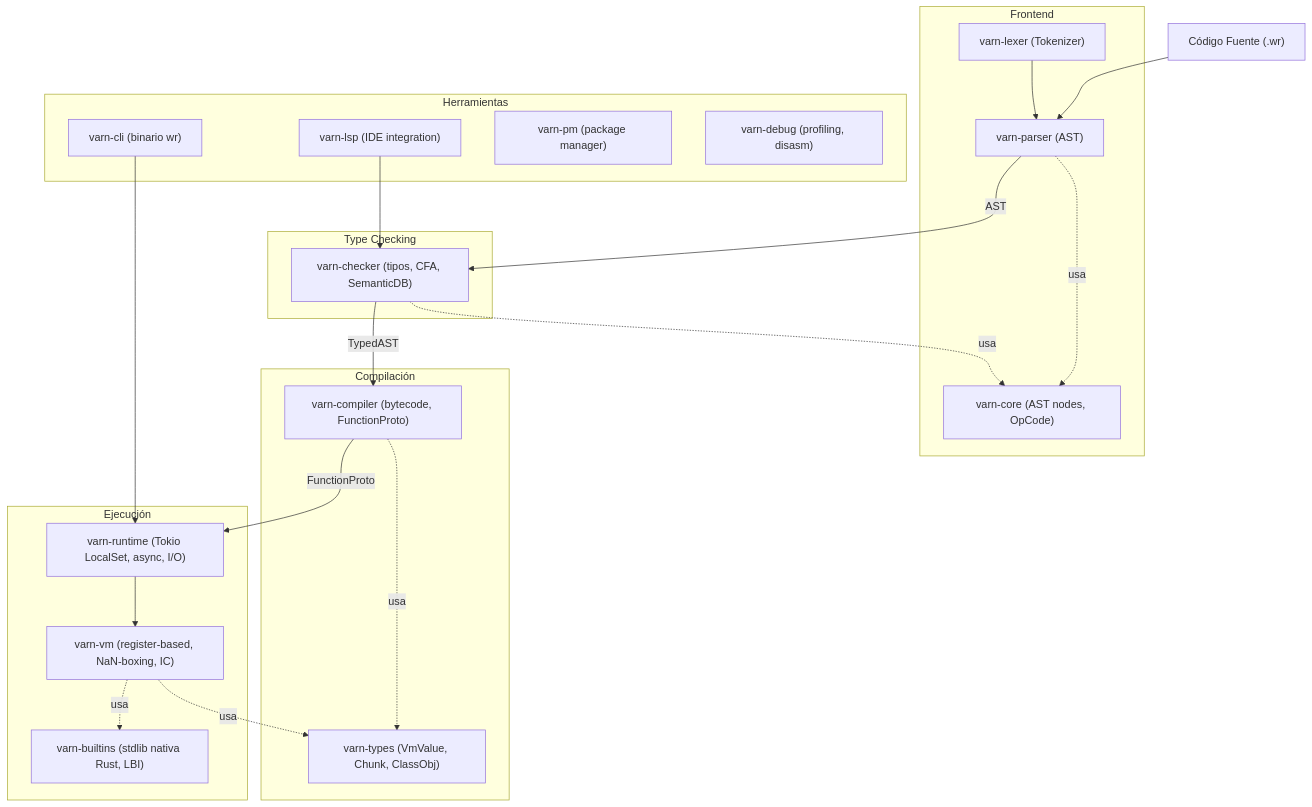
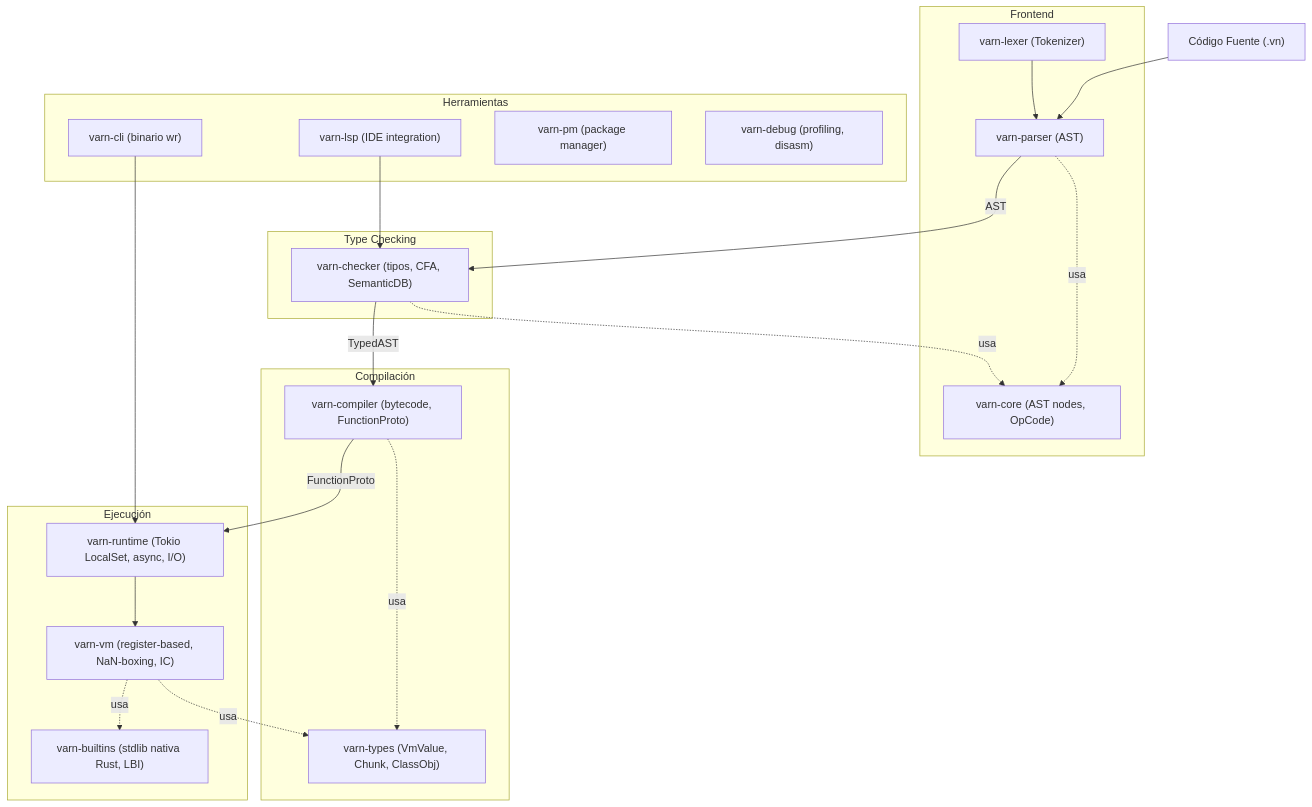
Before and after one commit to carlos-burelo/varn: the diagram in docs/CRATES_STATE.md, drawn with Mermaid. The commit also changed other lines of this file and 18 other files, not shown here.

````diff
--- a/docs/CRATES_STATE.md
+++ b/docs/CRATES_STATE.md
@@ -7,48 +7,48 @@
 ```mermaid
 graph TD
-    SourceText["Código Fuente (.wr)"] --> Parser
+    SourceText["Código Fuente (.vn)"] --> Parser
 
     subgraph Frontend
         Lexer["varn-lexer (Tokenizer)"]
         Parser["varn-parser (AST)"]
         Core["varn-core (AST nodes, OpCode)"]
         Lexer --> Parser
         Parser -.usa.-> Core
     end
 
     subgraph MiddleEnd["Type Checking"]
         Checker["varn-checker (tipos, CFA, SemanticDB)"]
         Checker -.usa.-> Core
     end
 
     Parser -- AST --> Checker
 
     subgraph Backend["Compilación"]
         Compiler["varn-compiler (bytecode, FunctionProto)"]
         Types["varn-types (VmValue, Chunk, ClassObj)"]
         Compiler -.usa.-> Types
     end
 
     Checker -- TypedAST --> Compiler
 
     subgraph Execution["Ejecución"]
         VM["varn-vm (register-based, NaN-boxing, IC)"]
         Runtime["varn-runtime (Tokio LocalSet, async, I/O)"]
         Builtins["varn-builtins (stdlib nativa Rust, LBI)"]
         Runtime --> VM
         VM -.usa.-> Types
         VM -.usa.-> Builtins
     end
 
     Compiler -- FunctionProto --> Runtime
 
     subgraph Tools["Herramientas"]
         CLI["varn-cli (binario wr)"]
         LSP["varn-lsp (IDE integration)"]
         PM["varn-pm (package manager)"]
         Debug["varn-debug (profiling, disasm)"]
     end
 
     CLI --> Runtime
     LSP --> Checker
 ```
````
